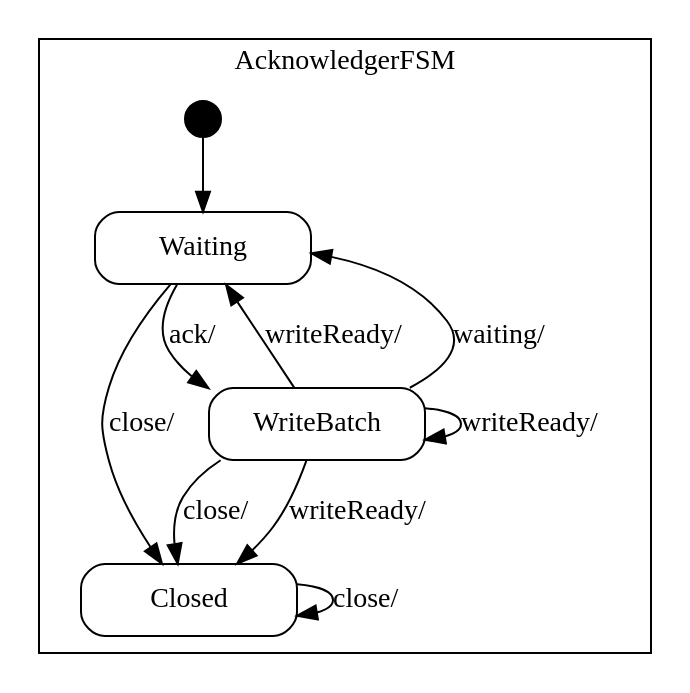
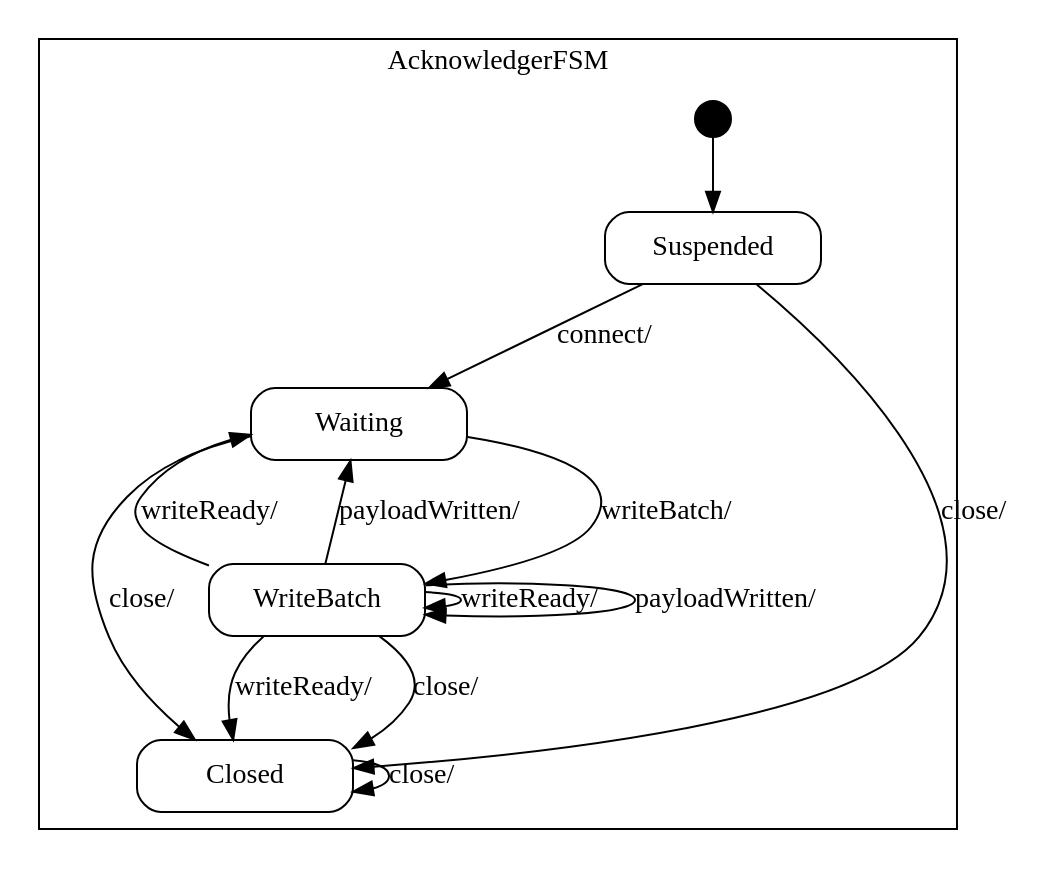
The diagram in spindle/doc/Acknowledger_sm.dot (vmehra-sfdc/Ouroboros), drawn with Graphviz before and after one commit. The commit also changed 7 other files, not shown here.

```diff
--- a/spindle/doc/Acknowledger_sm.dot
+++ b/spindle/doc/Acknowledger_sm.dot
@@ -1,57 +1,69 @@
 digraph Acknowledger {
 
     node
         [shape=Mrecord width=1.5];
 
     subgraph cluster_AcknowledgerFSM {
 
         label="AcknowledgerFSM";
 
         //
         // States (Nodes)
         //
+
+        "AcknowledgerFSM::Suspended"
+            [label="{Suspended}"];
 
         "AcknowledgerFSM::Waiting"
             [label="{Waiting}"];
 
         "AcknowledgerFSM::WriteBatch"
             [label="{WriteBatch}"];
 
         "AcknowledgerFSM::Closed"
             [label="{Closed}"];
 
         "%start"
             [label="" shape=circle style=filled fillcolor=black width=0.25];
 
         //
         // Transitions (Edges)
         //
 
+        "AcknowledgerFSM::Suspended" -> "AcknowledgerFSM::Waiting"
+            [label="connect/\l"];
+
+        "AcknowledgerFSM::Suspended" -> "AcknowledgerFSM::Closed"
+            [label="close/\l"];
+
         "AcknowledgerFSM::Waiting" -> "AcknowledgerFSM::WriteBatch"
-            [label="ack/\l"];
+            [label="writeBatch/\l"];
 
         "AcknowledgerFSM::Waiting" -> "AcknowledgerFSM::Closed"
             [label="close/\l"];
 
         "AcknowledgerFSM::WriteBatch" -> "AcknowledgerFSM::Closed"
             [label="writeReady/\l"];
 
         "AcknowledgerFSM::WriteBatch" -> "AcknowledgerFSM::WriteBatch"
             [label="writeReady/\l"];
 
         "AcknowledgerFSM::WriteBatch" -> "AcknowledgerFSM::Waiting"
             [label="writeReady/\l"];
 
+        "AcknowledgerFSM::WriteBatch" -> "AcknowledgerFSM::WriteBatch"
+            [label="payloadWritten/\l"];
+
         "AcknowledgerFSM::WriteBatch" -> "AcknowledgerFSM::Waiting"
-            [label="waiting/\l"];
+            [label="payloadWritten/\l"];
 
         "AcknowledgerFSM::WriteBatch" -> "AcknowledgerFSM::Closed"
             [label="close/\l"];
 
         "AcknowledgerFSM::Closed" -> "AcknowledgerFSM::Closed"
             [label="close/\l"];
 
-        "%start" -> "AcknowledgerFSM::Waiting"
+        "%start" -> "AcknowledgerFSM::Suspended"
     }
 
 }
```
